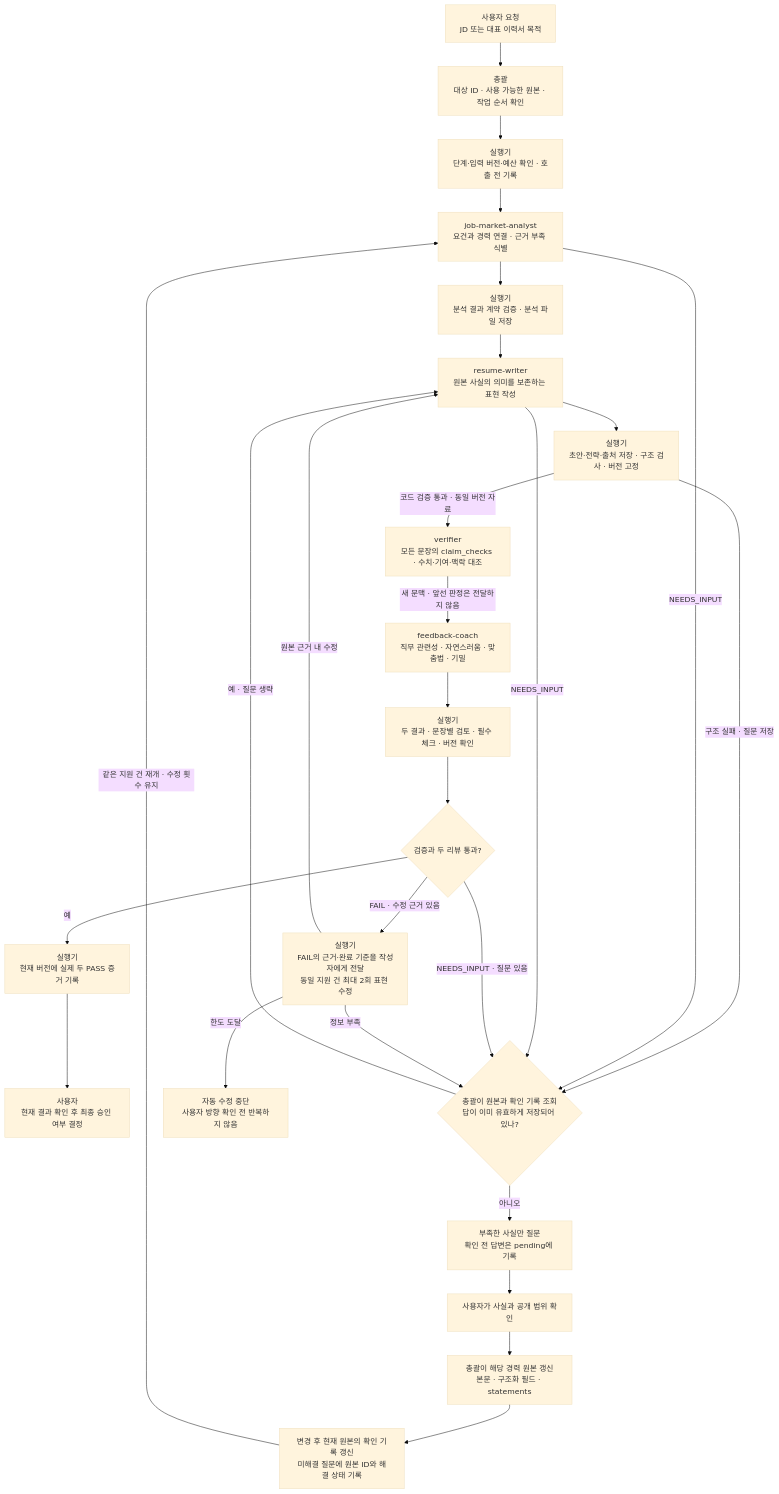
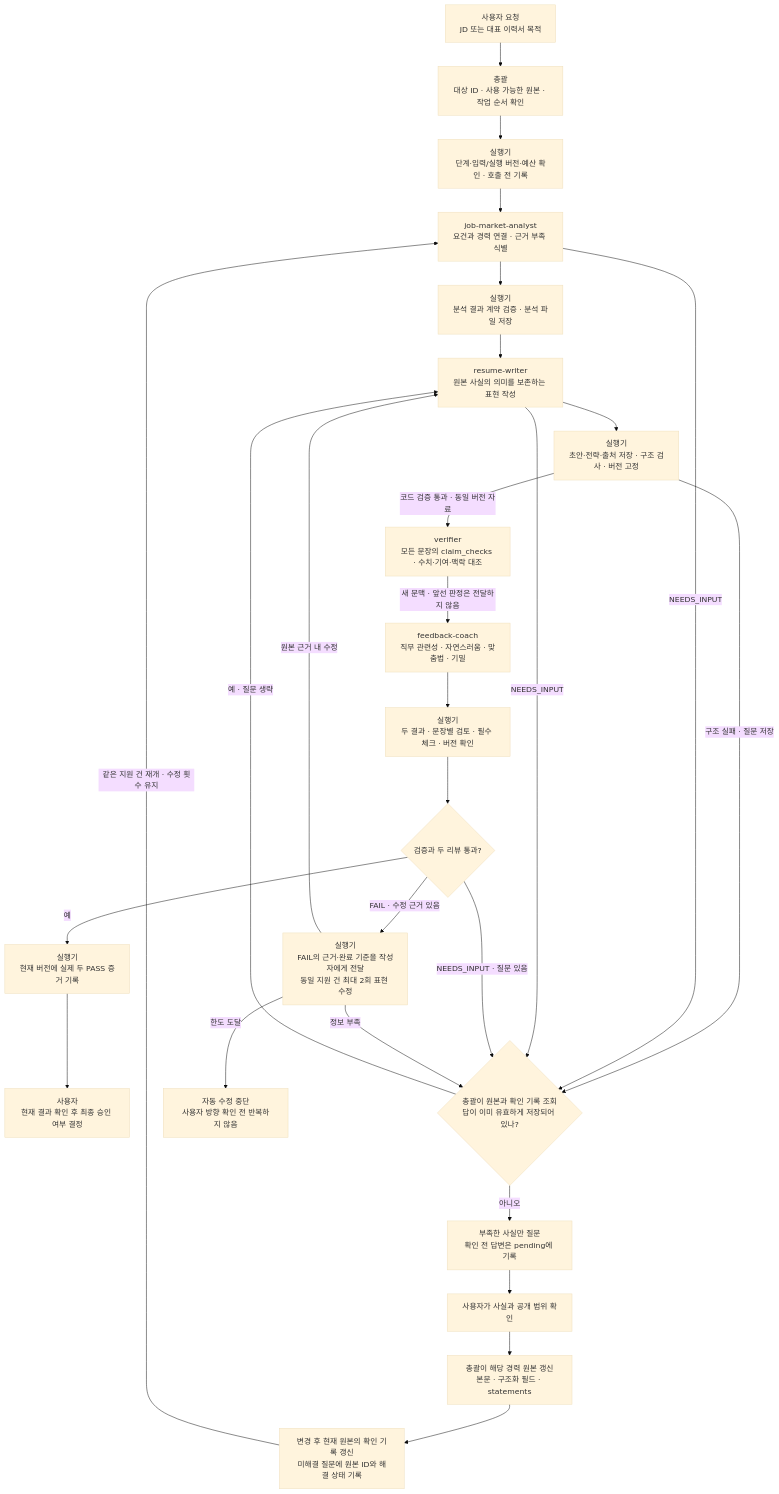
Before and after one commit to doveloper17/career-hub: the third of 6 diagrams in docs/WORKFLOW.md, drawn with Mermaid (base theme). The commit also changed other lines of this file and 17 other files, not shown here.

````diff
--- a/docs/WORKFLOW.md
+++ b/docs/WORKFLOW.md
@@ -94,38 +95,38 @@
 ```mermaid
 flowchart TD
     request["사용자 요청<br/>JD 또는 대표 이력서 목적"]
     start["총괄<br/>대상 ID · 사용 가능한 원본 · 작업 순서 확인"]
     analyst["job-market-analyst<br/>요건과 경력 연결 · 근거 부족 식별"]
-    runner["실행기<br/>단계·입력 버전·예산 확인 · 호출 전 기록"]
+    runner["실행기<br/>단계·입력/실행 버전·예산 확인 · 호출 전 기록"]
     analysis["실행기<br/>분석 결과 계약 검증 · 분석 파일 저장"]
     writer["resume-writer<br/>원본 사실의 의미를 보존하는 표현 작성"]
     save["실행기<br/>초안·전략·출처 저장 · 구조 검사 · 버전 고정"]
     verifier["verifier<br/>모든 문장의 claim_checks · 수치·기여·맥락 대조"]
     coach["feedback-coach<br/>직무 관련성 · 자연스러움 · 맞춤법 · 기밀"]
     merge["실행기<br/>두 결과 · 문장별 검토 · 필수 체크 · 버전 확인"]
     result{"검증과 두 리뷰 통과?"}
     revise["실행기<br/>FAIL의 근거·완료 기준을 작성자에게 전달<br/>동일 지원 건 최대 2회 표현 수정"]
     record["실행기<br/>현재 버전에 실제 두 PASS 증거 기록"]
     human["사용자<br/>현재 결과 확인 후 최종 승인 여부 결정"]
 
     request --> start --> runner --> analyst --> analysis --> writer --> save
     save -- "코드 검증 통과 · 동일 버전 자료" --> verifier
     verifier -- "새 문맥 · 앞선 판정은 전달하지 않음" --> coach
     save -- "구조 실패 · 질문 저장" --> lookup
     analyst -- "NEEDS_INPUT" --> lookup
     writer -- "NEEDS_INPUT" --> lookup
     coach --> merge
     merge --> result
     result -- "FAIL · 수정 근거 있음" --> revise
     result -- "NEEDS_INPUT · 질문 있음" --> lookup
     revise -- "원본 근거 내 수정" --> writer
     revise -- "정보 부족" --> lookup{"총괄이 원본과 확인 기록 조회<br/>답이 이미 유효하게 저장되어 있나?"}
     lookup -- "예 · 질문 생략" --> writer
     lookup -- "아니오" --> question["부족한 사실만 질문<br/>확인 전 답변은 pending에 기록"]
     question --> answer["사용자가 사실과 공개 범위 확인"]
     answer --> persist["총괄이 해당 경력 원본 갱신<br/>본문 · 구조화 필드 · statements"]
     persist --> sourceConfirm["변경 후 현재 원본의 확인 기록 갱신<br/>미해결 질문에 원본 ID와 해결 상태 기록"]
     sourceConfirm -- "같은 지원 건 재개 · 수정 횟수 유지" --> analyst
     revise -- "한도 도달" --> stop["자동 수정 중단<br/>사용자 방향 확인 전 반복하지 않음"]
     result -- "예" --> record --> human
 ```
````
